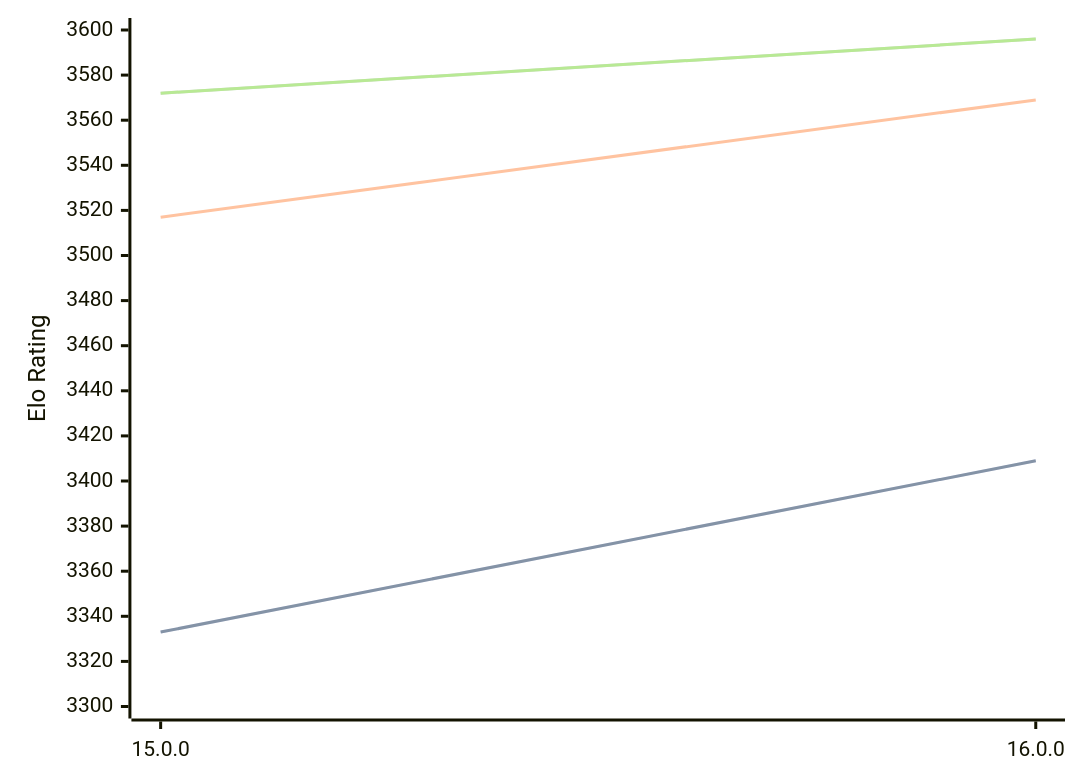
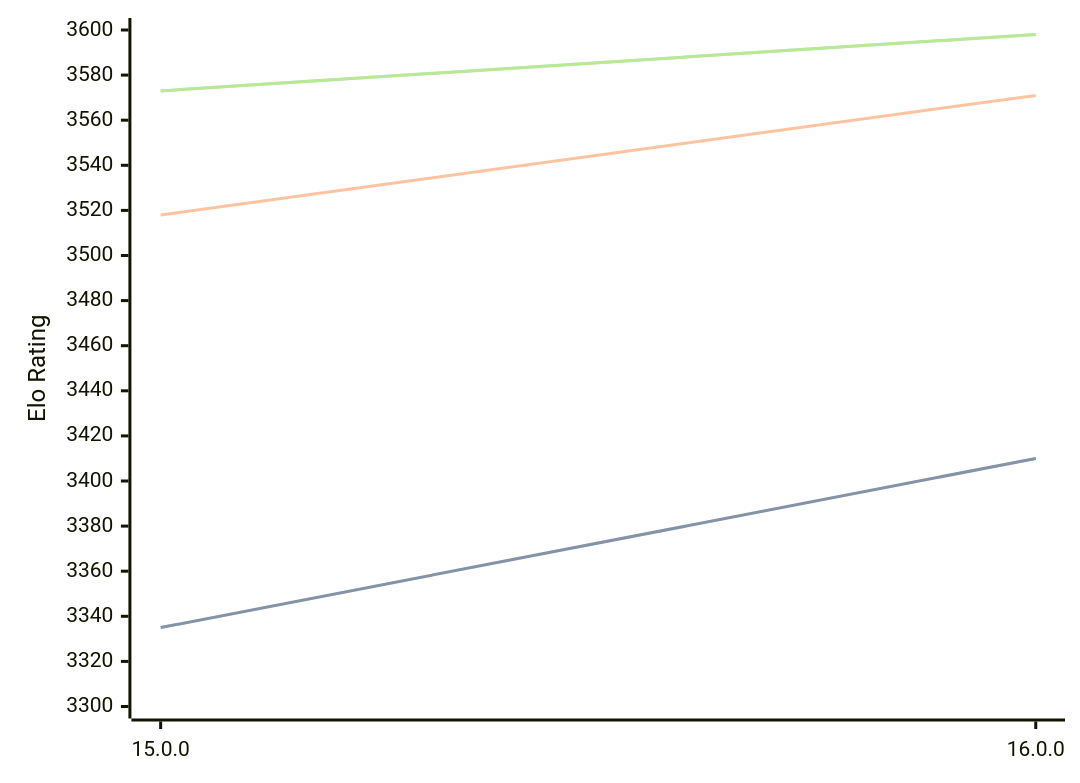
The diagram in engines/Halogen.md (computer-chess-index/cci), drawn with Mermaid before and after one commit. The commit also changed other lines of this file, not shown here.

Commit message:
Update CCI Ratings (ELO VLTC) - 2026-05-12

````diff
--- a/engines/Halogen.md
+++ b/engines/Halogen.md
@@ -50,11 +50,11 @@
 ```mermaid
 %%{init: {"theme":"base","themeVariables":{"seriesColors:['#a3a3a3','#222221','#faa371']}}}%%
 xychart-beta
   x-axis ["15.0.0", "16.0.0"]
   y-axis "Elo Rating" 3300 --> 3600
-  line "STC (8.0+0.08s)" [3333, 3409]
-  line "STC (8.0+0.08s)" [3333, 3409]
-  line "LTC (60.0+0.60s)" [3517, 3569]
-  line "VLTC (2m24s+1.12s)" [3572, 3596]
-  line "VLTC (2m24s+1.12s)" [3572, 3596]
+  line "STC (8.0+0.08s)" [3335, 3410]
+  line "STC (8.0+0.08s)" [3335, 3410]
+  line "LTC (60.0+0.60s)" [3518, 3571]
+  line "VLTC (2m24s+1.12s)" [3573, 3598]
+  line "VLTC (2m24s+1.12s)" [3573, 3598]
 ```
````
